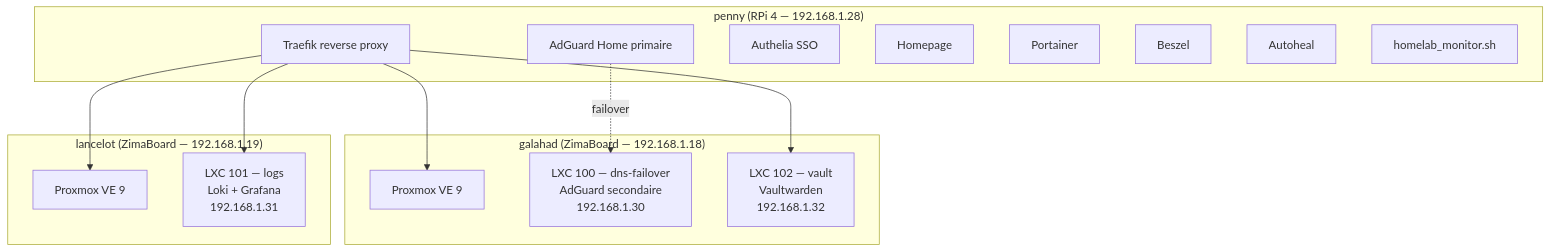
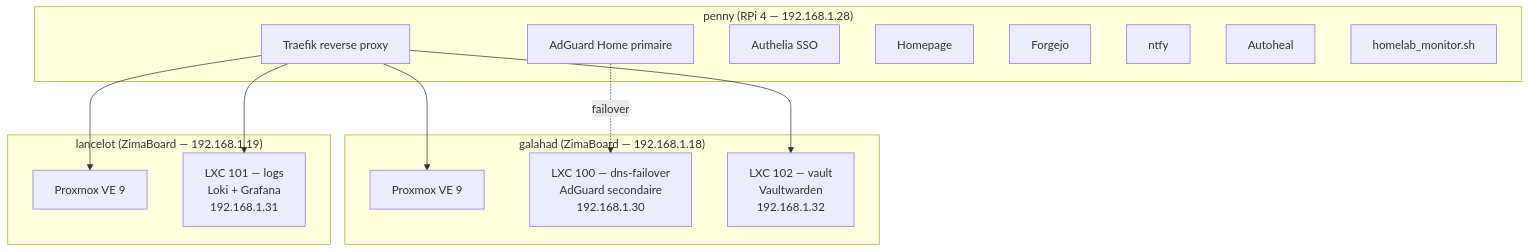
One commit to GabinSMD/homelab-doc changed the first of 2 diagrams in docs/operations/break-glass.mdx. Above: the diagram before and after it, drawn with Mermaid. The commit also changed other lines of this file and 21 other files, not shown here.

````diff
--- a/docs/operations/break-glass.mdx
+++ b/docs/operations/break-glass.mdx
@@ -31,30 +31,30 @@
 ```mermaid
 graph TB
     subgraph penny["penny (RPi 4 — 192.168.1.28)"]
         traefik[Traefik reverse proxy]
         adguard1[AdGuard Home primaire]
         authelia[Authelia SSO]
         homepage[Homepage]
-        portainer[Portainer]
-        beszel[Beszel]
+        forgejo[Forgejo]
+        ntfy[ntfy]
         autoheal[Autoheal]
         monitor[homelab_monitor.sh]
     end
 
     subgraph galahad["galahad (ZimaBoard — 192.168.1.18)"]
         proxmox1[Proxmox VE 9]
         lxc100[LXC 100 — dns-failover<br/>AdGuard secondaire<br/>192.168.1.30]
         lxc102[LXC 102 — vault<br/>Vaultwarden<br/>192.168.1.32]
     end
 
     subgraph lancelot["lancelot (ZimaBoard — 192.168.1.19)"]
         proxmox2[Proxmox VE 9]
         lxc101[LXC 101 — logs<br/>Loki + Grafana<br/>192.168.1.31]
     end
 
     traefik --> lxc102
     traefik --> lxc101
     traefik --> proxmox1
     traefik --> proxmox2
     adguard1 -.->|failover| lxc100
 ```
````
